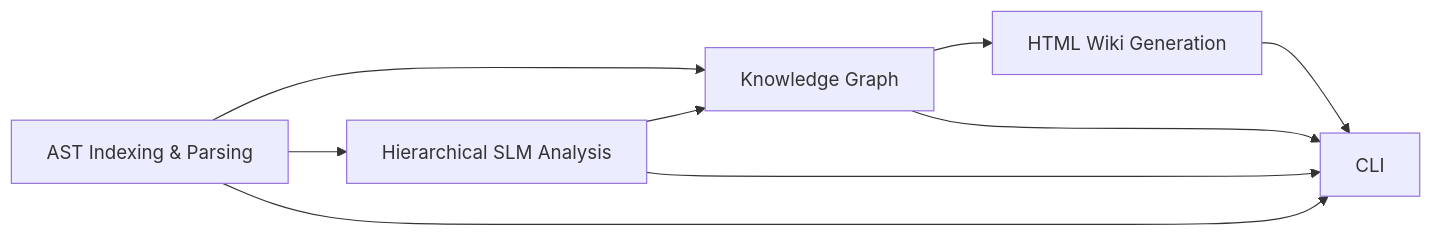
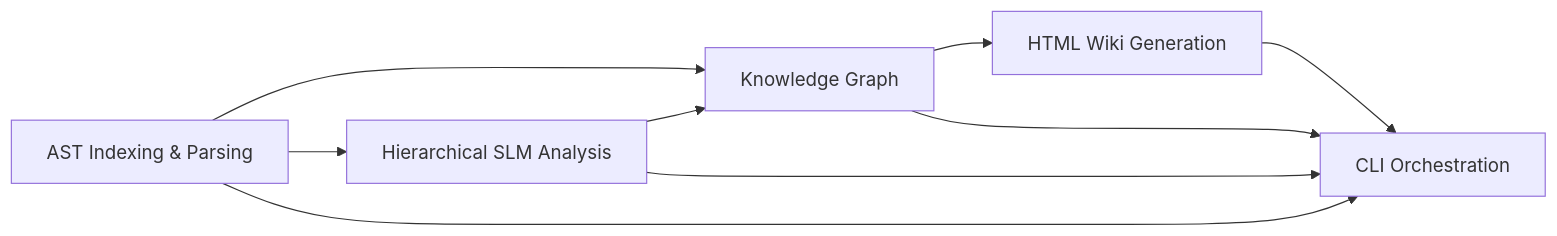
The diagram in docs/epics.md (DarkKing335/Wiki-Generation), drawn with Mermaid before and after one commit. The commit also changed other lines of this file and 16 other files, not shown here.

````diff
--- a/docs/epics.md
+++ b/docs/epics.md
@@ -137,11 +140,11 @@
 ```mermaid
 graph LR
     E1[AST Indexing & Parsing] --> E2[Knowledge Graph]
     E1 --> E3[Hierarchical SLM Analysis]
     E3 --> E2
     E2 --> E4[HTML Wiki Generation]
-    E1 --> E5[CLI]
+    E1 --> E5[CLI Orchestration]
     E2 --> E5
     E3 --> E5
     E4 --> E5
 ```
````
